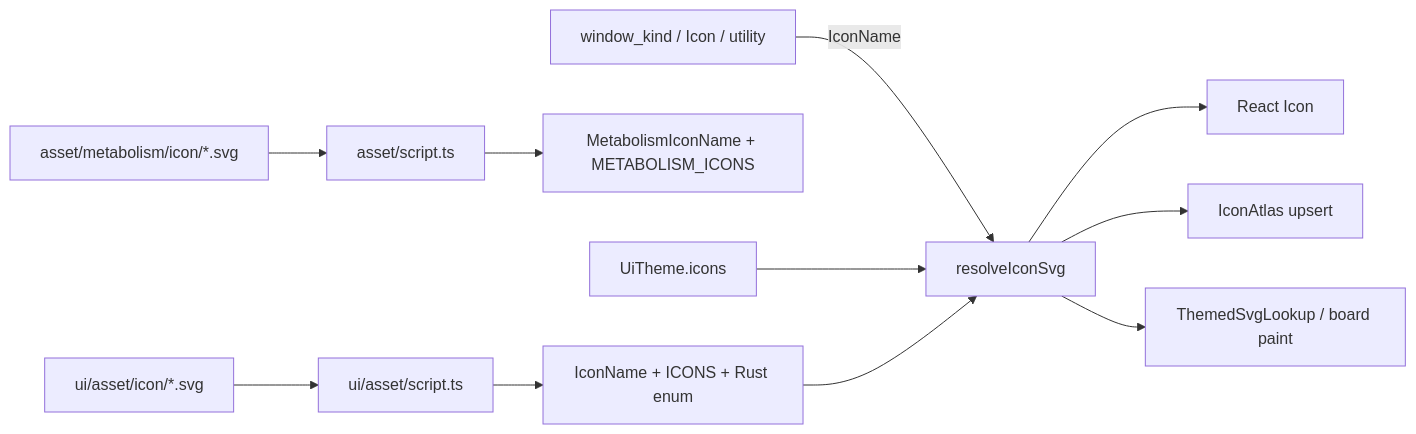
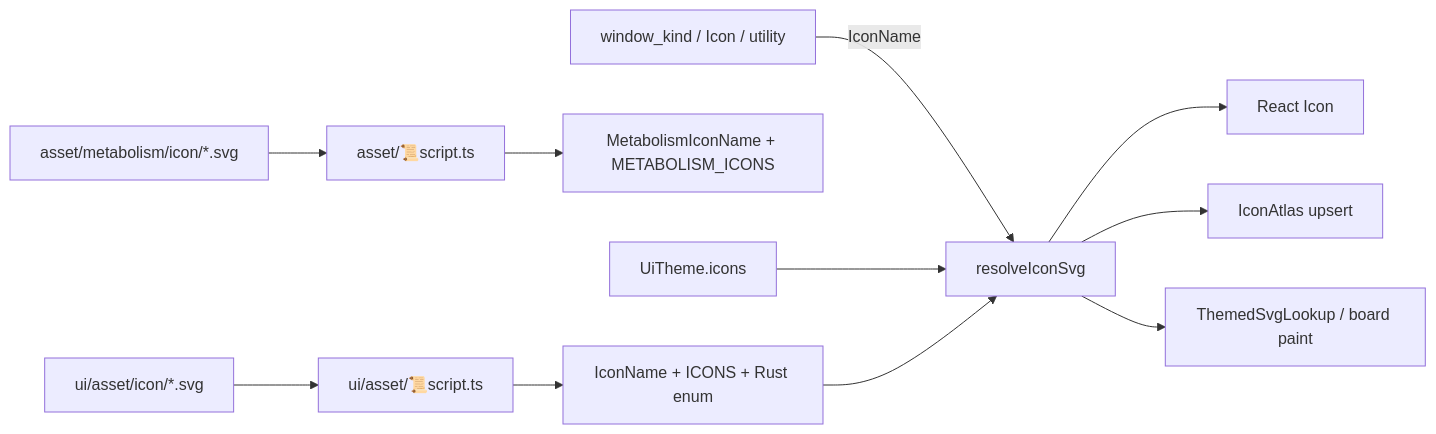
One commit to usalu/semio changed the diagram in .cursor/plans/compile-time_icons_26e07fc6.plan.md. Above: the diagram before and after it, drawn with Mermaid. The commit also changed 11530 other files, not shown here.

````diff
--- a/.cursor/plans/compile-time_icons_26e07fc6.plan.md
+++ b/.cursor/plans/compile-time_icons_26e07fc6.plan.md
@@ -36,13 +36,13 @@
 ```mermaid
 flowchart LR
-  svgUi["ui/asset/icon/*.svg"] --> codegen["ui/asset/script.ts"]
-  svgMeta["asset/metabolism/icon/*.svg"] --> codegenMeta["asset/script.ts"]
+  svgUi["ui/asset/icon/*.svg"] --> codegen["ui/asset/📜script.ts"]
+  svgMeta["asset/metabolism/icon/*.svg"] --> codegenMeta["asset/📜script.ts"]
   codegen --> iconName["IconName + ICONS + Rust enum"]
   codegenMeta --> metaName["MetabolismIconName + METABOLISM_ICONS"]
   callSite["window_kind / Icon / utility"] -->|"IconName"| resolve["resolveIconSvg"]
   theme["UiTheme.icons"] --> resolve
   iconName --> resolve
   resolve --> react["React Icon"]
   resolve --> wgpu["IconAtlas upsert"]
   resolve --> board["ThemedSvgLookup / board paint"]
 ```
````
